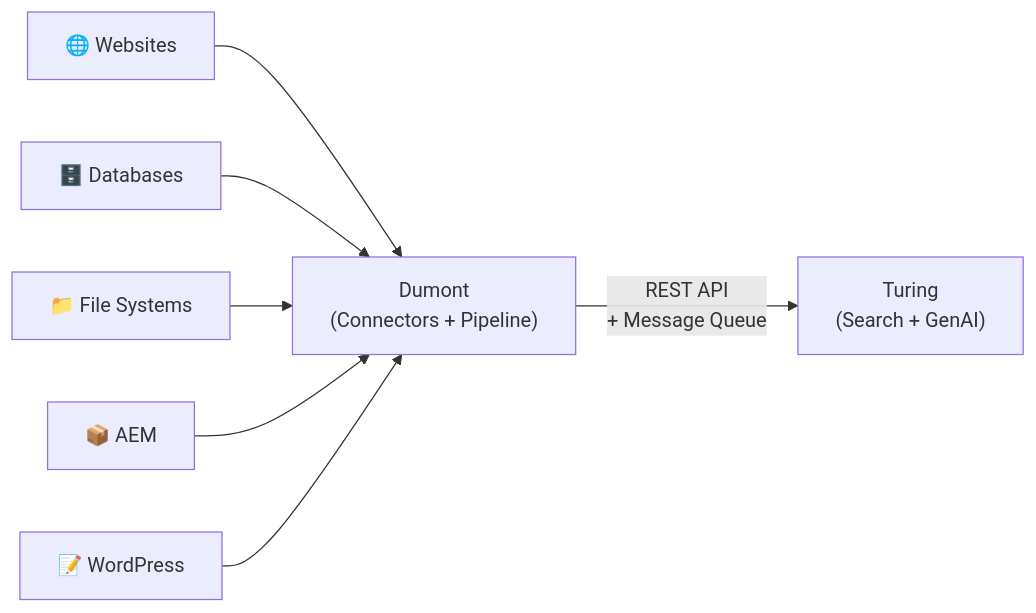
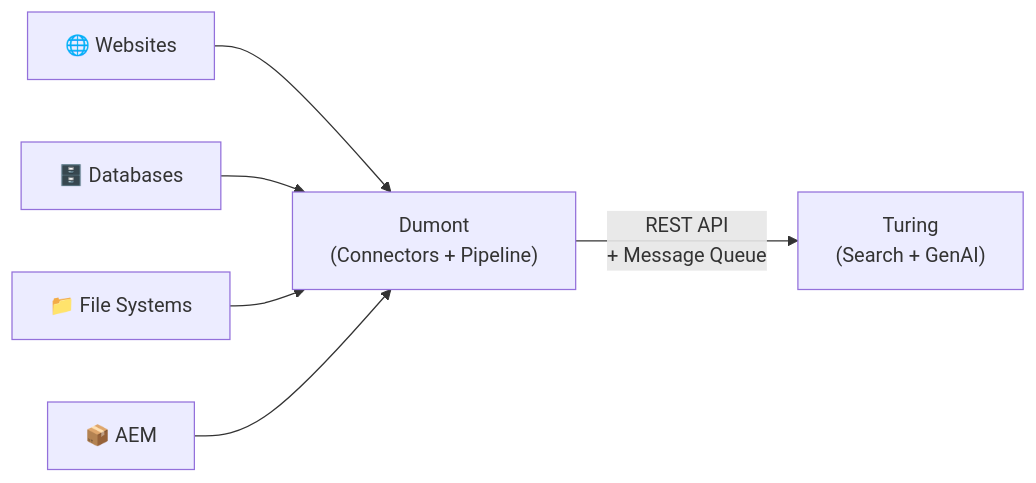
Before and after one commit to openviglet/dumont: the diagram in dumont-site/docs/src/content/docs/getting-started/intro.md, drawn with Mermaid. The commit also changed other lines of this file and 43 other files, not shown here.

First line of the commit message:
docs(site): the WordPress pages point at Viglet Turing, and Dumont keeps one tile with the video (D346)

````diff
--- a/dumont-site/docs/src/content/docs/getting-started/intro.md
+++ b/dumont-site/docs/src/content/docs/getting-started/intro.md
@@ -42,20 +42,18 @@
 ```mermaid
 graph LR
     WEB["🌐 Websites"]
     DB["🗄️ Databases"]
     FS["📁 File Systems"]
     AEM["📦 AEM"]
-    WP["📝 WordPress"]
 
     DUM["Dumont\n(Connectors + Pipeline)"]
 
     TUR["Turing\n(Search + GenAI)"]
 
     WEB --> DUM
     DB --> DUM
     FS --> DUM
     AEM --> DUM
-    WP --> DUM
 
     DUM -->|"REST API\n+ Message Queue"| TUR
 ```
````
